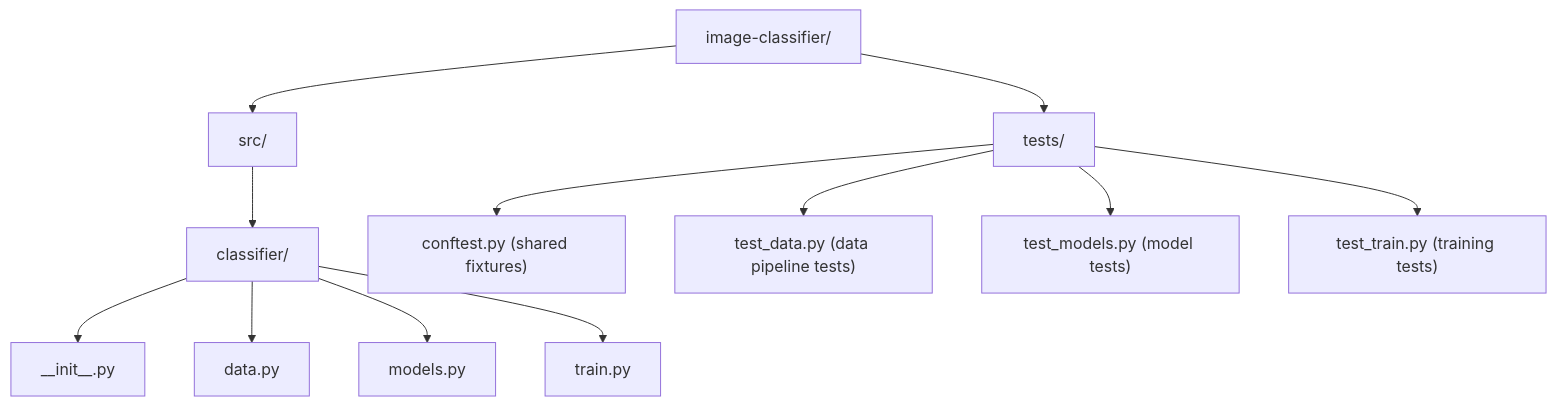
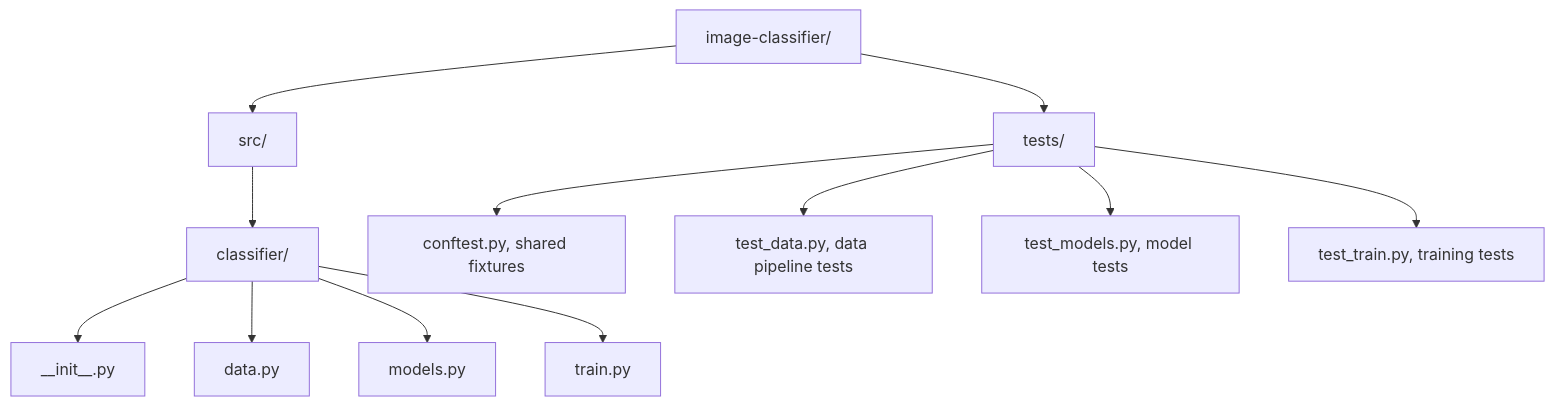
Before and after one commit to mikenguyen13/ai_in_action: the third of 4 diagrams in 007-project-management.qmd, drawn with Mermaid. The commit also changed other lines of this file and 52 other files, not shown here.

Commit message:
Fix Mermaid rendering in 22 chapters: remove ampersands and br tags from node labels, move detail to tables

````diff
--- a/007-project-management.qmd
+++ b/007-project-management.qmd
@@ -1363,15 +1363,15 @@
 ```{mermaid}
 flowchart TD
     root["image-classifier/"]
     root --> src["src/"]
     root --> tests["tests/"]
     src --> classifier["classifier/"]
     classifier --> init["__init__.py"]
     classifier --> datapy["data.py"]
     classifier --> modelspy["models.py"]
     classifier --> trainpy["train.py"]
-    tests --> conftest["conftest.py (shared fixtures)"]
-    tests --> tdata["test_data.py (data pipeline tests)"]
-    tests --> tmodels["test_models.py (model tests)"]
-    tests --> ttrain["test_train.py (training tests)"]
+    tests --> conftest["conftest.py, shared fixtures"]
+    tests --> tdata["test_data.py, data pipeline tests"]
+    tests --> tmodels["test_models.py, model tests"]
+    tests --> ttrain["test_train.py, training tests"]
 ```
````
